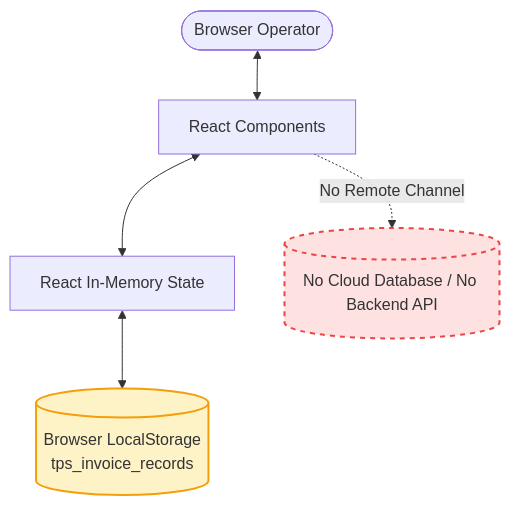
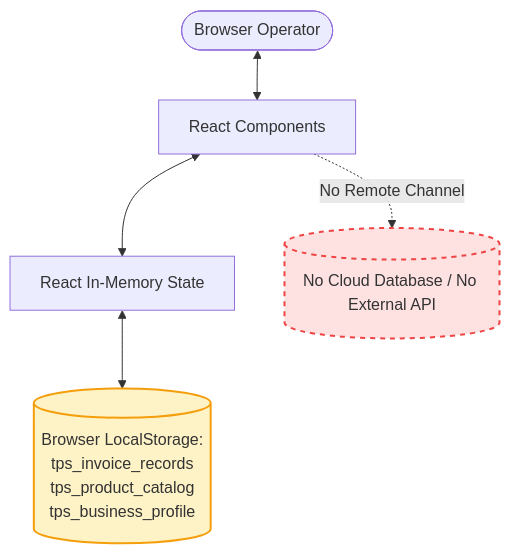
Before and after one commit to tpsbatteryhouse-gif/TPS-Battery-House-Billing-System: the diagram in docs/SECURITY_AND_LIMITATIONS.md, drawn with Mermaid. The commit also changed other lines of this file and 23 other files, not shown here.

Commit message:
feat: add multi-category product support and analytics to dashboard and catalog

````diff
--- a/docs/SECURITY_AND_LIMITATIONS.md
+++ b/docs/SECURITY_AND_LIMITATIONS.md
@@ -16,11 +16,11 @@
 ```mermaid
 graph TD
     User([Browser Operator]) <--> UI[React Components]
     UI <--> State[React In-Memory State]
-    State <--> LocalStorage[(Browser LocalStorage\ntps_invoice_records)]
+    State <--> LocalStorage[(Browser LocalStorage:\ntps_invoice_records\ntps_product_catalog\ntps_business_profile)]
     
-    UI -. No Remote Channel .-> Cloud[(No Cloud Database / No Backend API)]
+    UI -. No Remote Channel .-> Cloud[(No Cloud Database / No External API)]
     
     style Cloud fill:#fee2e2,stroke:#ef4444,stroke-width:2px,stroke-dasharray: 5 5;
     style LocalStorage fill:#fef3c7,stroke:#f59e0b,stroke-width:2px;
 ```
````
